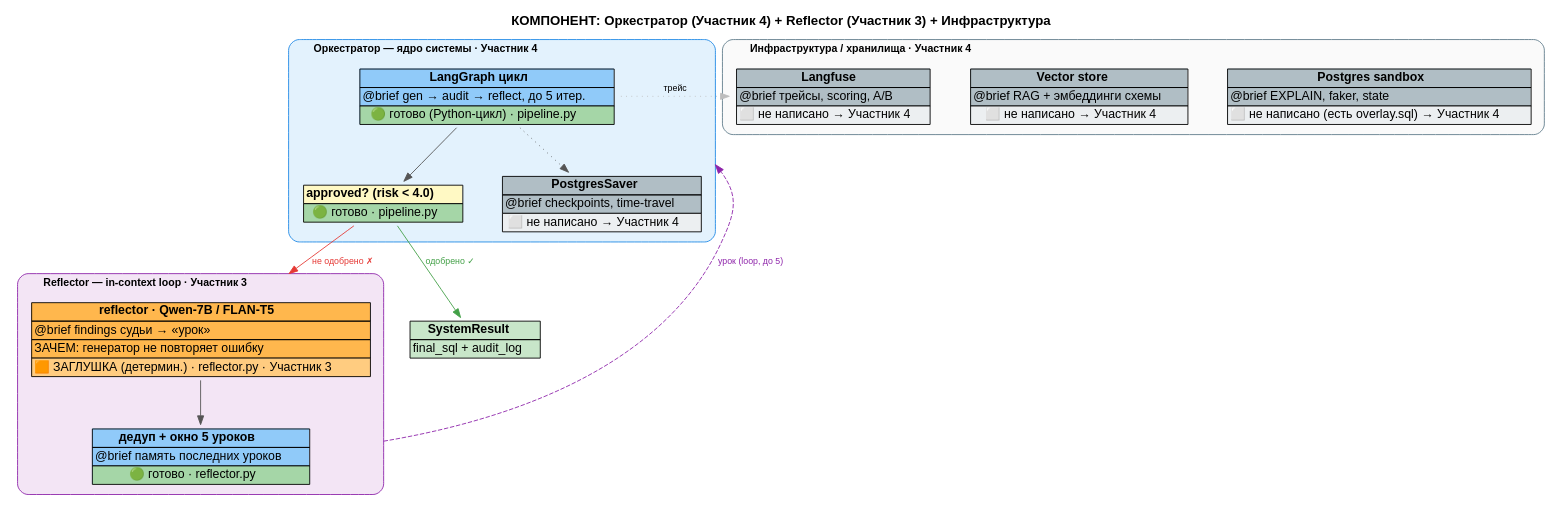
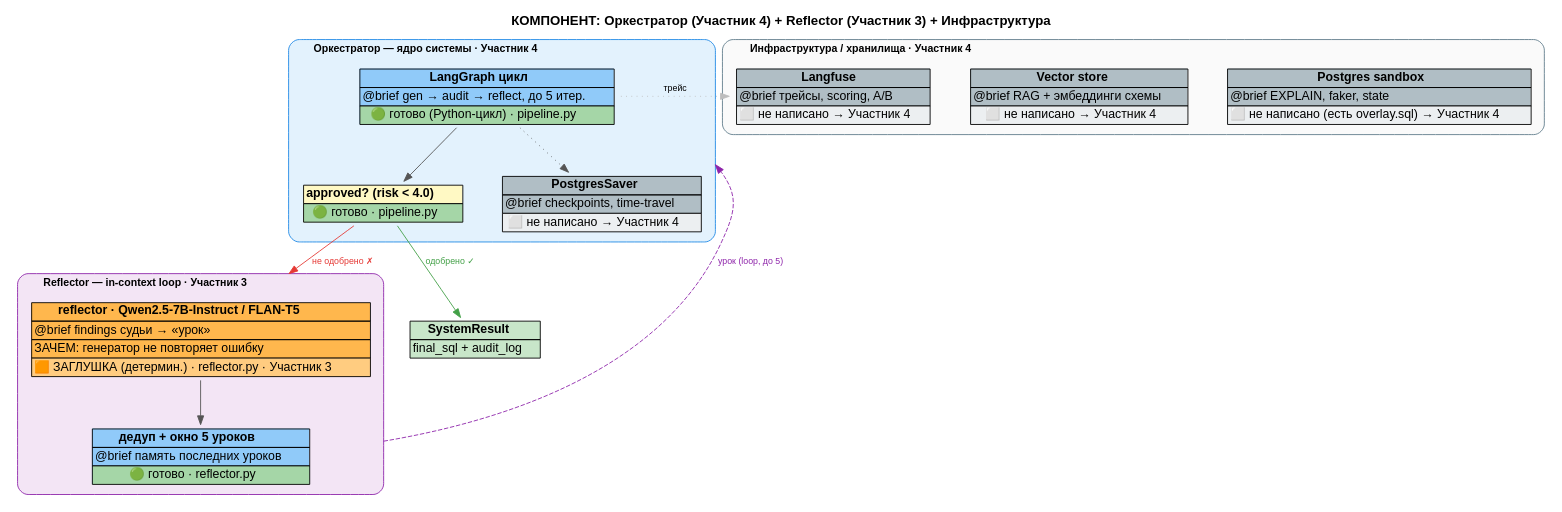
Before and after one commit to DementievWoW/practicum2026_case3: the diagram in docs/target_core.dot, drawn with Graphviz. The commit also changed 13 other files, not shown here.

Commit message:
docs: уточнил модели до Qwen2.5-Coder-32B-Instruct / Qwen2.5-7B-Instruct в Q&A и диаграммах

```diff
--- a/docs/target_core.dot
+++ b/docs/target_core.dot
@@ -1,71 +1,71 @@
 // ДЕТАЛЬ: Оркестратор + Reflector + Инфраструктура (Участник 4 / 3). Обзор — target_overview.png
 // Рендер: dot -Tpng docs/target_core.dot -o docs/target_core.png
 digraph Core {
     rankdir=TB;
     compound=true;
     fontname="Helvetica"; bgcolor="white";
     nodesep=0.4; ranksep=0.7;
     node [shape=plaintext, fontname="Helvetica"];
     edge [fontname="Helvetica", fontsize=10, color="#555555"];
     labelloc="t"; fontsize=15; fontname="Helvetica-Bold";
     label="КОМПОНЕНТ: Оркестратор (Участник 4) + Reflector (Участник 3) + Инфраструктура";
 
     subgraph cluster_orch {
         label="Оркестратор — ядро системы · Участник 4";
         labeljust="l"; fontsize=12; style="rounded,filled"; color="#1E88E5"; fillcolor="#E3F2FD";
         cycle [label=<<table border="0" cellborder="1" cellspacing="0" bgcolor="#90CAF9">
             <tr><td><b>LangGraph цикл</b></td></tr>
             <tr><td align="left">@brief gen → audit → reflect, до 5 итер.</td></tr>
             <tr><td bgcolor="#A5D6A7">🟢 готово (Python-цикл) · pipeline.py</td></tr></table>>];
         decide [label=<<table border="0" cellborder="1" cellspacing="0" bgcolor="#FFF9C4">
             <tr><td><b>approved? (risk &lt; 4.0)</b></td></tr>
             <tr><td bgcolor="#A5D6A7">🟢 готово · pipeline.py</td></tr></table>>];
         persist [label=<<table border="0" cellborder="1" cellspacing="0" bgcolor="#B0BEC5">
             <tr><td><b>PostgresSaver</b></td></tr>
             <tr><td align="left">@brief checkpoints, time-travel</td></tr>
             <tr><td bgcolor="#ECEFF1">⬜ не написано → Участник 4</td></tr></table>>];
         cycle -> decide; cycle -> persist [style=dotted];
     }
 
     subgraph cluster_refl {
         label="Reflector — in-context loop · Участник 3";
         labeljust="l"; fontsize=12; style="rounded,filled"; color="#8E24AA"; fillcolor="#F3E5F5";
         refl_model [label=<<table border="0" cellborder="1" cellspacing="0" bgcolor="#FFB74D">
-            <tr><td><b>reflector · Qwen-7B / FLAN-T5</b></td></tr>
+            <tr><td><b>reflector · Qwen2.5-7B-Instruct / FLAN-T5</b></td></tr>
             <tr><td align="left">@brief findings судьи → «урок»</td></tr>
             <tr><td align="left">ЗАЧЕМ: генератор не повторяет ошибку</td></tr>
             <tr><td bgcolor="#FFCC80">🟧 ЗАГЛУШКА (детермин.) · reflector.py · Участник 3</td></tr></table>>];
         refl_dedup [label=<<table border="0" cellborder="1" cellspacing="0" bgcolor="#90CAF9">
             <tr><td><b>дедуп + окно 5 уроков</b></td></tr>
             <tr><td align="left">@brief память последних уроков</td></tr>
             <tr><td bgcolor="#A5D6A7">🟢 готово · reflector.py</td></tr></table>>];
         refl_model -> refl_dedup;
     }
 
     subgraph cluster_infra {
         label="Инфраструктура / хранилища · Участник 4";
         labeljust="l"; fontsize=12; style="rounded,filled"; color="#607D8B"; fillcolor="#FAFAFA";
         sandbox [label=<<table border="0" cellborder="1" cellspacing="0" bgcolor="#B0BEC5">
             <tr><td><b>Postgres sandbox</b></td></tr>
             <tr><td align="left">@brief EXPLAIN, faker, state</td></tr>
             <tr><td bgcolor="#ECEFF1">⬜ не написано (есть overlay.sql) → Участник 4</td></tr></table>>];
         vstore [label=<<table border="0" cellborder="1" cellspacing="0" bgcolor="#B0BEC5">
             <tr><td><b>Vector store</b></td></tr>
             <tr><td align="left">@brief RAG + эмбеддинги схемы</td></tr>
             <tr><td bgcolor="#ECEFF1">⬜ не написано → Участник 4</td></tr></table>>];
         langfuse [label=<<table border="0" cellborder="1" cellspacing="0" bgcolor="#B0BEC5">
             <tr><td><b>Langfuse</b></td></tr>
             <tr><td align="left">@brief трейсы, scoring, A/B</td></tr>
             <tr><td bgcolor="#ECEFF1">⬜ не написано → Участник 4</td></tr></table>>];
     }
 
     // ── связи: цикл управляет, решение ветвится ──
     decide -> refl_model [lhead=cluster_refl, label="не одобрено ✗", color="#E53935", fontcolor="#E53935"];
     refl_dedup -> cycle [ltail=cluster_refl, lhead=cluster_orch, label="урок (loop, до 5)", style="dashed", color="#8E24AA", fontcolor="#8E24AA", constraint=false];
     decide -> result [label="одобрено ✓", color="#43A047", fontcolor="#43A047"];
     cycle -> langfuse [style=dotted, color="#BDBDBD", label="трейс", constraint=false];
 
     result [label=<<table border="0" cellborder="1" cellspacing="0" bgcolor="#C8E6C9">
         <tr><td><b>SystemResult</b></td></tr>
         <tr><td align="left">final_sql + audit_log</td></tr></table>>];
 }
```
